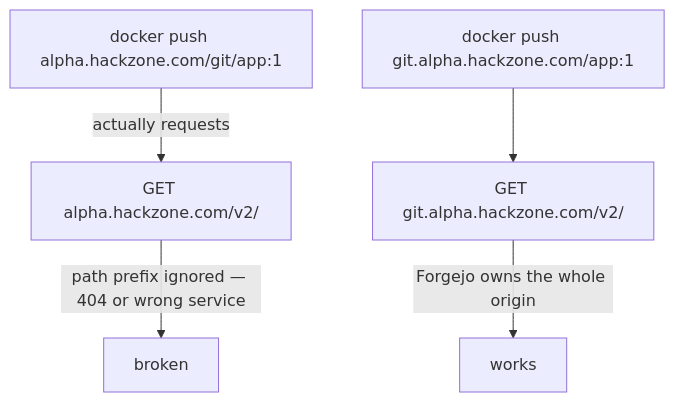
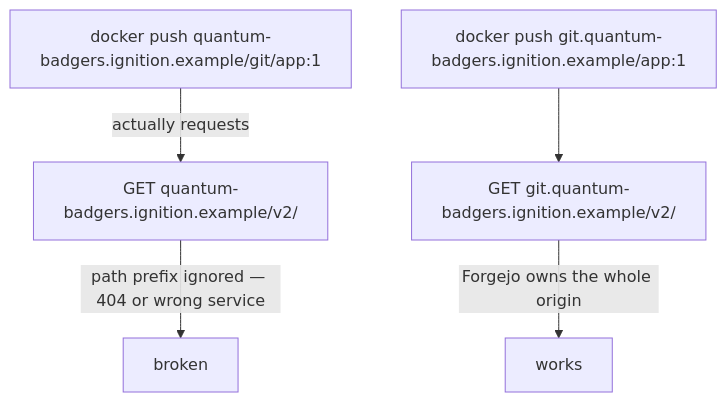
Before and after one commit to johnjoeallen/ignition: the third of 4 diagrams in docs/architecture.md, drawn with Mermaid. The commit also changed other lines of this file and 19 other files, not shown here.

````diff
--- a/docs/architecture.md
+++ b/docs/architecture.md
@@ -141,7 +141,7 @@
 ```mermaid
 flowchart TB
-    A["docker push alpha.hackzone.com/git/app:1"] -->|"actually requests"| B["GET alpha.hackzone.com/v2/"]
+    A["docker push quantum-badgers.ignition.example/git/app:1"] -->|"actually requests"| B["GET quantum-badgers.ignition.example/v2/"]
     B -->|"path prefix ignored — 404 or wrong service"| C["broken"]
-    D["docker push git.alpha.hackzone.com/app:1"] --> E["GET git.alpha.hackzone.com/v2/"]
+    D["docker push git.quantum-badgers.ignition.example/app:1"] --> E["GET git.quantum-badgers.ignition.example/v2/"]
     E -->|"Forgejo owns the whole origin"| F["works"]
 ```
````
